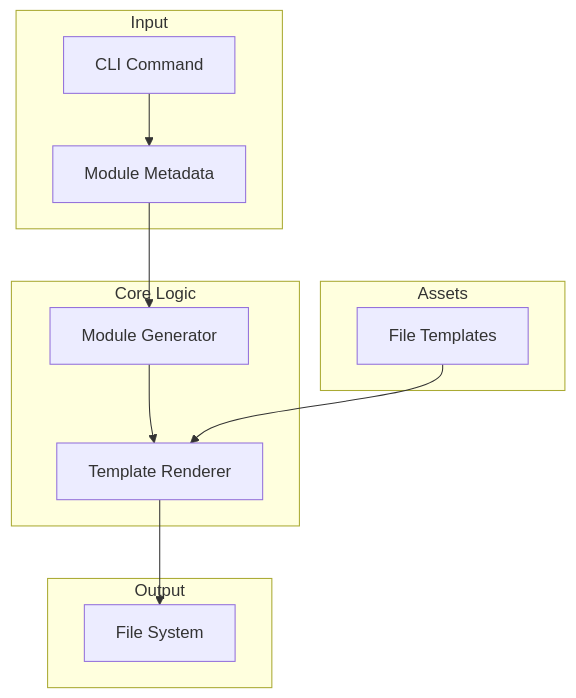
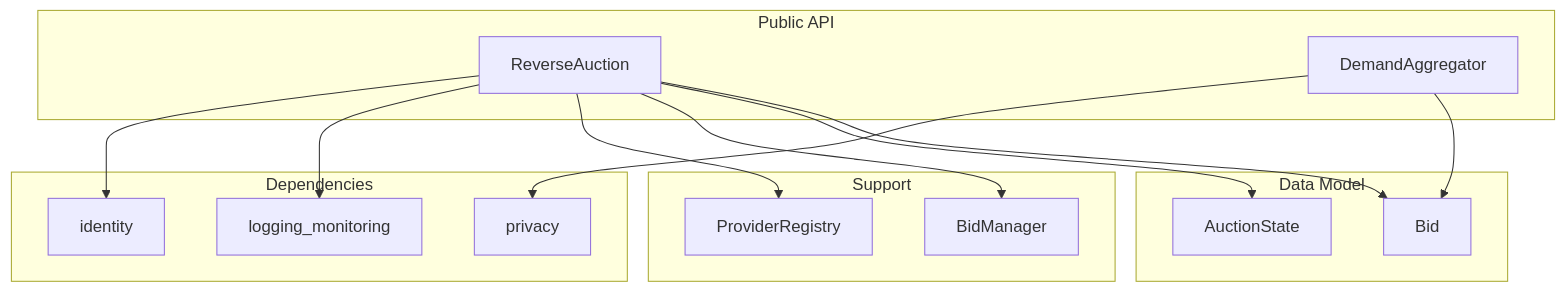
One commit to docxology/codomyrmex changed the diagram in src/codomyrmex/market/SPEC.md. Above: the diagram before and after it, drawn with Mermaid. The commit also changed other lines of this file and 262 other files, not shown here.

````diff
--- a/src/codomyrmex/market/SPEC.md
+++ b/src/codomyrmex/market/SPEC.md
@@ -31,26 +50,32 @@
 ```mermaid
 graph TD
-    subgraph "Input"
-        CLI[CLI Command]
-        Config[Module Metadata]
+    subgraph "Public API"
+        RA[ReverseAuction]
+        DA[DemandAggregator]
     end
 
-    subgraph "Core Logic"
-        Generator[Module Generator]
-        Renderer[Template Renderer]
+    subgraph "Data Model"
+        Bid[Bid]
+        Auction[AuctionState]
     end
 
-    subgraph "Assets"
-        Templates[File Templates]
+    subgraph "Support"
+        BM[BidManager]
+        PR[ProviderRegistry]
     end
 
-    subgraph "Output"
-        FS[File System]
+    subgraph "Dependencies"
+        LOG[logging_monitoring]
+        ID[identity]
+        PRIV[privacy]
     end
 
-    CLI --> Config
-    Config --> Generator
-    Generator --> Renderer
-    Templates --> Renderer
-    Renderer --> FS
+    RA --> Bid
+    RA --> Auction
+    RA --> BM
+    DA --> Bid
+    RA --> PR
+    RA --> LOG
+    RA --> ID
+    DA --> PRIV
 ```
````
